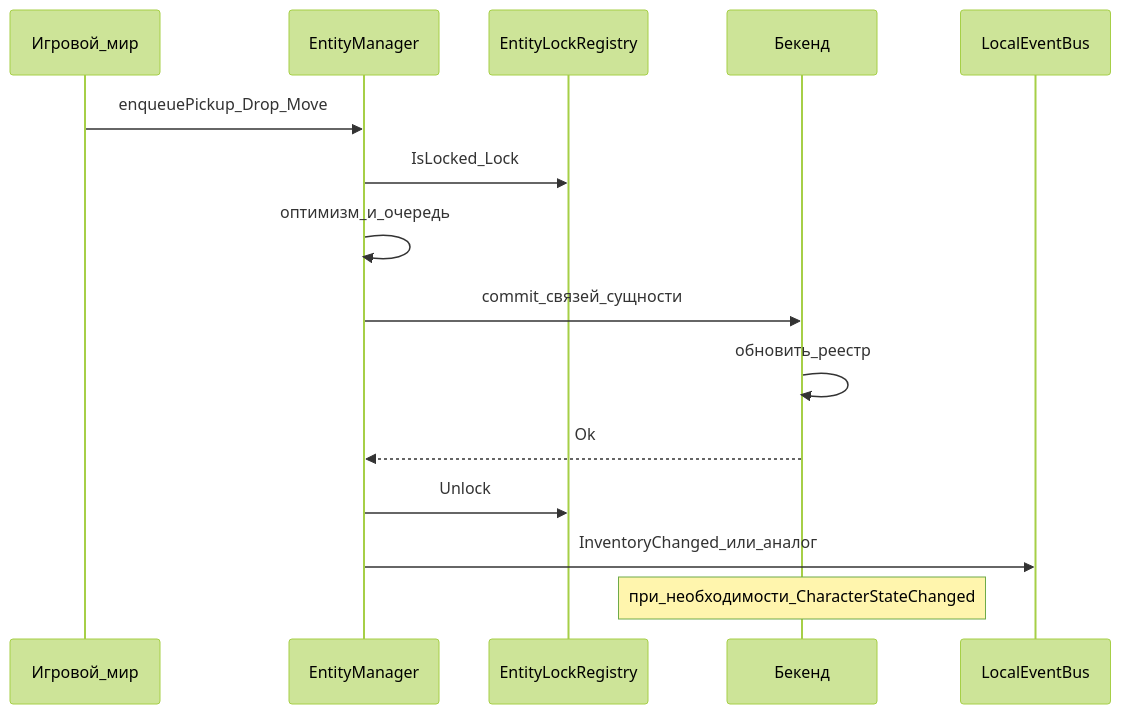
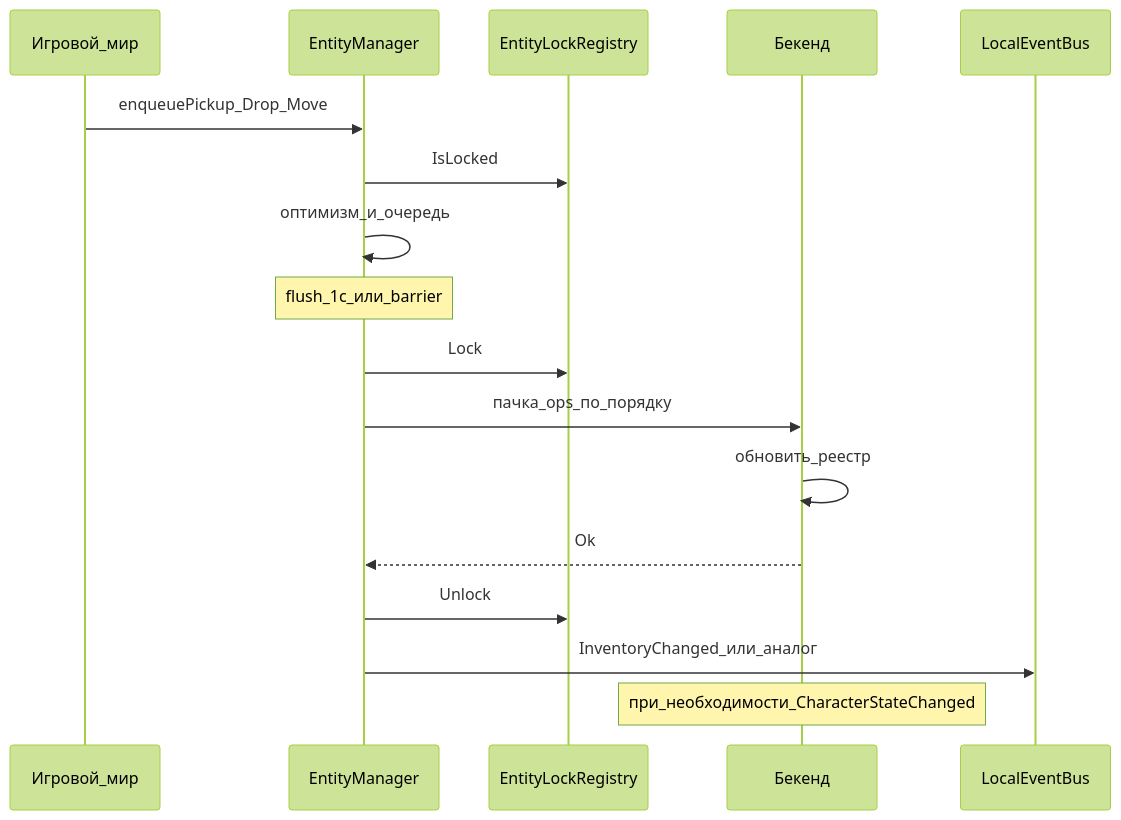
One commit to EvGenius91/arma-r-arch changed the second of 2 diagrams in Architecture/EntityManager.md. Above: the diagram before and after it, drawn with Mermaid (forest theme). The commit also changed other lines of this file and 4 other files, not shown here.

````diff
--- a/Architecture/EntityManager.md
+++ b/Architecture/EntityManager.md
@@ -90,18 +90,20 @@
 ```mermaid
 sequenceDiagram
     participant World as Игровой_мир
     participant EM as EntityManager
     participant Lock as EntityLockRegistry
     participant BE as Бекенд
     participant EB as LocalEventBus
 
     World->>EM: enqueuePickup_Drop_Move
-    EM->>Lock: IsLocked_Lock
+    EM->>Lock: IsLocked
     EM->>EM: оптимизм_и_очередь
-    EM->>BE: commit_связей_сущности
+    Note over EM: flush_1с_или_barrier
+    EM->>Lock: Lock
+    EM->>BE: пачка_ops_по_порядку
     BE->>BE: обновить_реестр
     BE-->>EM: Ok
     EM->>Lock: Unlock
     EM->>EB: InventoryChanged_или_аналог
     Note over BE: при_необходимости_CharacterStateChanged
 ```
````
